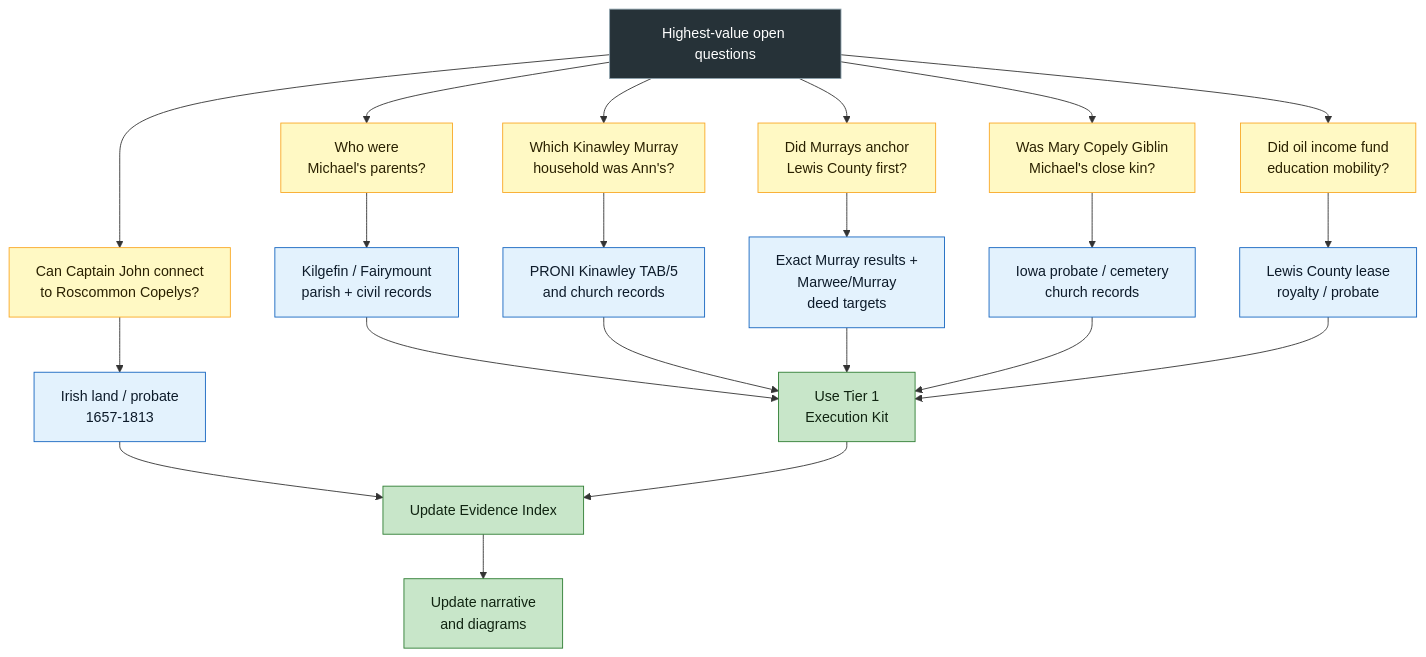
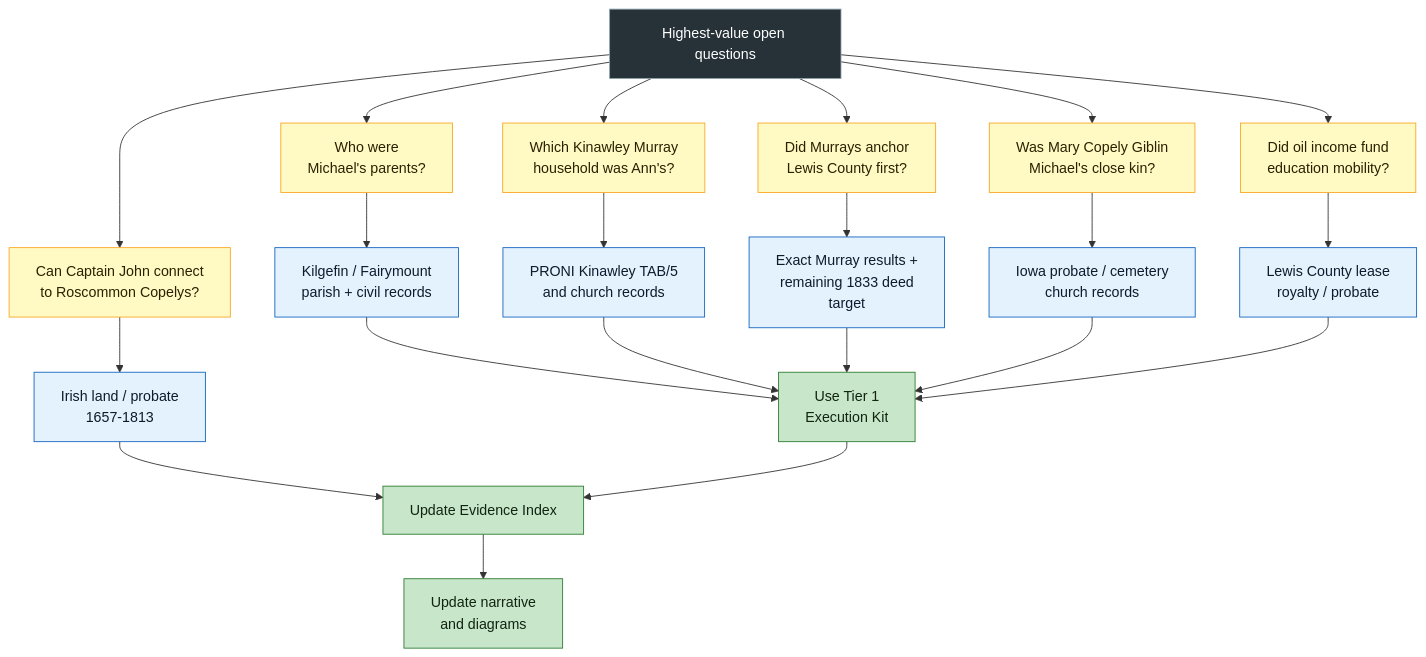
The fourth of 4 diagrams in Visual Story Atlas.md (zcopley/copley-family-research), drawn with Mermaid before and after one commit. The commit also changed 15 other files, not shown here.

Commit message:
Integrate Murray deed follow-ups and refresh indexes

````diff
--- a/Visual Story Atlas.md
+++ b/Visual Story Atlas.md
@@ -165,32 +165,32 @@
 ```mermaid
 flowchart TB
     START["Highest-value open questions"]:::root
     
     START --> Q1["Who were<br/>Michael's parents?"]:::quest
     START --> Q2["Which Kinawley Murray<br/>household was Ann's?"]:::quest
     START --> Q3["Did Murrays anchor<br/>Lewis County first?"]:::quest
     START --> Q4["Was Mary Copely Giblin<br/>Michael's close kin?"]:::quest
     START --> Q5["Did oil income fund<br/>education mobility?"]:::quest
     START --> Q6["Can Captain John connect<br/>to Roscommon Copelys?"]:::quest
     
     Q1 --> A1["Kilgefin / Fairymount<br/>parish + civil records"]:::source
     Q2 --> A2["PRONI Kinawley TAB/5<br/>and church records"]:::source
-    Q3 --> A3["Exact Murray results +<br/>Marwee/Murray<br/>deed targets"]:::source
+    Q3 --> A3["Exact Murray results +<br/>remaining 1833 deed<br/>target"]:::source
     Q4 --> A4["Iowa probate / cemetery<br/>church records"]:::source
     Q5 --> A5["Lewis County lease<br/>royalty / probate"]:::source
     Q6 --> A6["Irish land / probate<br/>1657-1813"]:::source
     
     A1 --> KIT["Use Tier 1<br/>Execution Kit"]:::action
     A2 --> KIT
     A3 --> KIT
     A4 --> KIT
     A5 --> KIT
     A6 --> EVID["Update Evidence Index"]:::action
     KIT --> EVID
     EVID --> NARR["Update narrative<br/>and diagrams"]:::action
     
     classDef root fill:#263238,stroke:#90a4ae,color:#ffffff
     classDef quest fill:#fff9c4,stroke:#f9a825,color:#2a2100
     classDef source fill:#e3f2fd,stroke:#1565c0,color:#0d1b2a
     classDef action fill:#c8e6c9,stroke:#2e7d32,color:#102411
 ```
````
